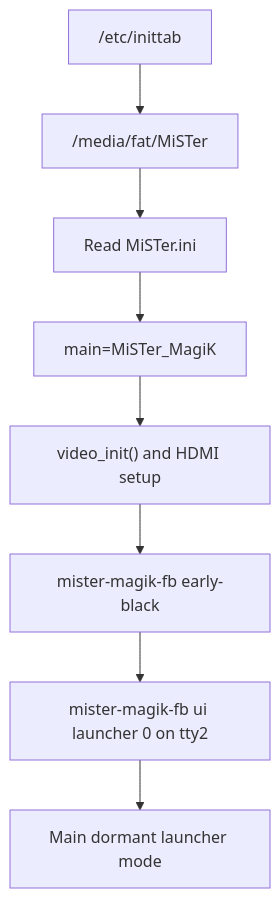
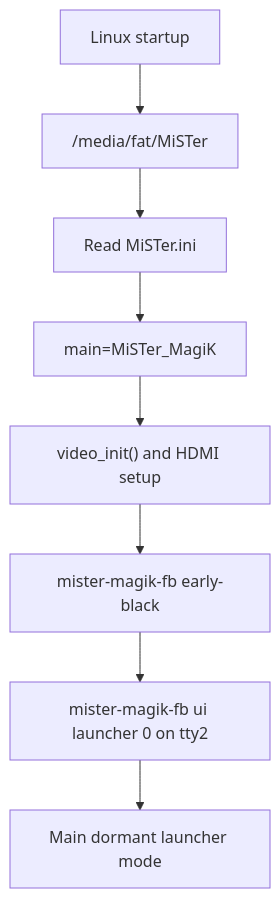
One commit to NigelBreslaw/MiSTer-MagiK changed the diagram in documentation/src/content/docs/architecture/boot-and-process.mdx. Above: the diagram before and after it, drawn with Mermaid. The commit also changed 11 other files, not shown here.

````diff
--- a/documentation/src/content/docs/architecture/boot-and-process.mdx
+++ b/documentation/src/content/docs/architecture/boot-and-process.mdx
@@ -10,10 +10,10 @@
 ```mermaid
 flowchart TD
-  Inittab["/etc/inittab"] --> Stock["/media/fat/MiSTer"]
+  Linux["Linux startup"] --> Stock["/media/fat/MiSTer"]
   Stock --> Ini["Read MiSTer.ini"]
   Ini --> Fork["main=MiSTer_MagiK"]
   Fork --> Video["video_init() and HDMI setup"]
   Video --> Black["mister-magik-fb early-black"]
   Black --> Launcher["mister-magik-fb ui launcher 0 on tty2"]
   Launcher --> Dormant["Main dormant launcher mode"]
 ```
````
